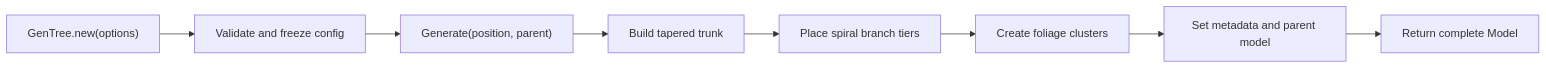
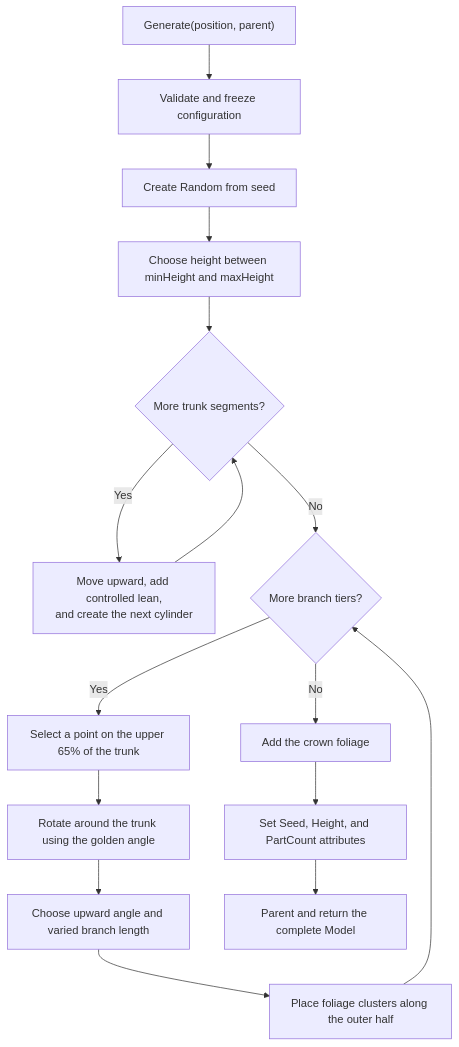
Before and after one commit to devkyato/tree-generator: the first of 4 diagrams in README.md, drawn with Mermaid. The commit also changed other lines of this file, not shown here.

Commit message:
Document GenTree generation behavior

````diff
--- a/README.md
+++ b/README.md
@@ -89,10 +89,18 @@
 ```mermaid
-flowchart LR
-    A["GenTree.new(options)"] --> B["Validate and freeze config"]
-    B --> C["Generate(position, parent)"]
-    C --> D["Build tapered trunk"]
-    D --> E["Place spiral branch tiers"]
-    E --> F["Create foliage clusters"]
-    F --> G["Set metadata and parent model"]
-    G --> H["Return complete Model"]
+flowchart TD
+    REQUEST["Generate(position, parent)"] --> CONFIG["Validate and freeze configuration"]
+    CONFIG --> SEED["Create Random from seed"]
+    SEED --> HEIGHT["Choose height between minHeight and maxHeight"]
+    HEIGHT --> TRUNK_LOOP{"More trunk segments?"}
+    TRUNK_LOOP -->|Yes| TRUNK["Move upward, add controlled lean,<br>and create the next cylinder"]
+    TRUNK --> TRUNK_LOOP
+    TRUNK_LOOP -->|No| TIER_LOOP{"More branch tiers?"}
+    TIER_LOOP -->|Yes| ORIGIN["Select a point on the upper 65% of the trunk"]
+    ORIGIN --> SPIRAL["Rotate around the trunk using the golden angle"]
+    SPIRAL --> BRANCH["Choose upward angle and varied branch length"]
+    BRANCH --> LEAVES["Place foliage clusters along the outer half"]
+    LEAVES --> TIER_LOOP
+    TIER_LOOP -->|No| CROWN["Add the crown foliage"]
+    CROWN --> METADATA["Set Seed, Height, and PartCount attributes"]
+    METADATA --> PARENT["Parent and return the complete Model"]
 ```
````
